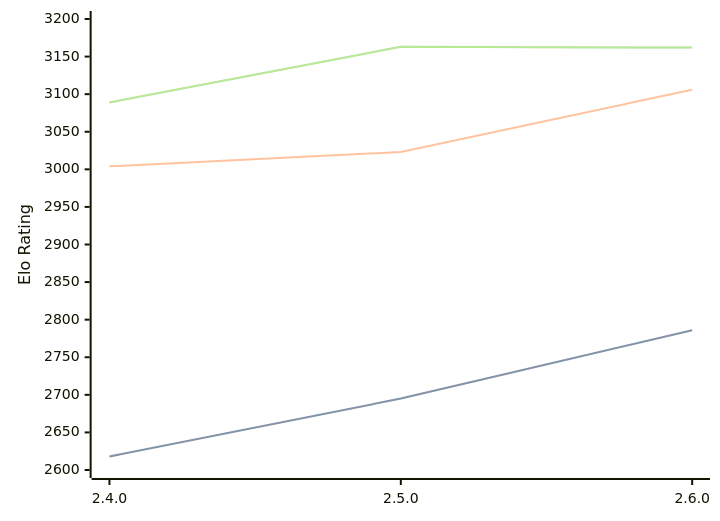
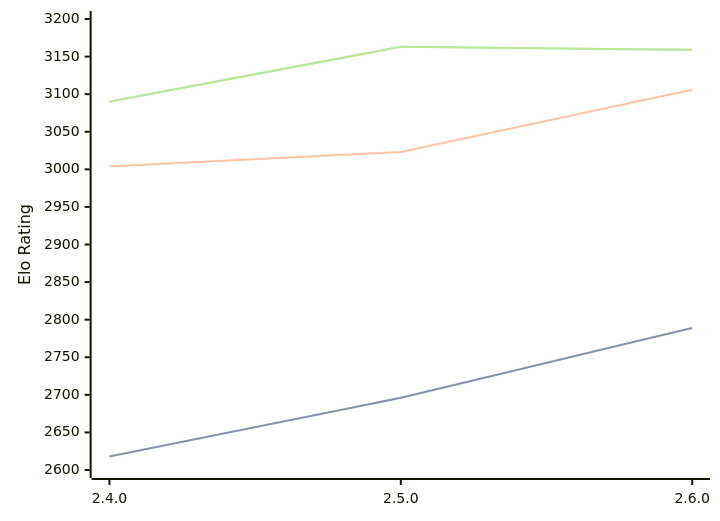
The diagram in engines/Sturddle2.md (computer-chess-index/cci), drawn with Mermaid before and after one commit. The commit also changed other lines of this file, not shown here.

Commit message:
Update CCI Ratings (ELO VLTC) - 2026-08-27

````diff
--- a/engines/Sturddle2.md
+++ b/engines/Sturddle2.md
@@ -33,11 +33,11 @@
 ```mermaid
 %%{init: {"theme":"base","themeVariables":{"seriesColors:['#a3a3a3','#222221','#faa371']}}}%%
 xychart-beta
   x-axis ["2.4.0", "2.5.0", "2.6.0"]
   y-axis "Elo Rating" 2600 --> 3200
-  line "STC (8.0+0.08s)" [2618, 2695, 2786]
-  line "STC (8.0+0.08s)" [2618, 2695, 2786]
+  line "STC (8.0+0.08s)" [2618, 2696, 2789]
+  line "STC (8.0+0.08s)" [2618, 2696, 2789]
   line "LTC (60.0+0.60s)" [3004, 3023, 3106]
-  line "VLTC (2m24s+1.12s)" [3089, 3163, 3162]
-  line "VLTC (2m24s+1.12s)" [3089, 3163, 3162]
+  line "VLTC (2m24s+1.12s)" [3090, 3163, 3159]
+  line "VLTC (2m24s+1.12s)" [3090, 3163, 3159]
 ```
````
